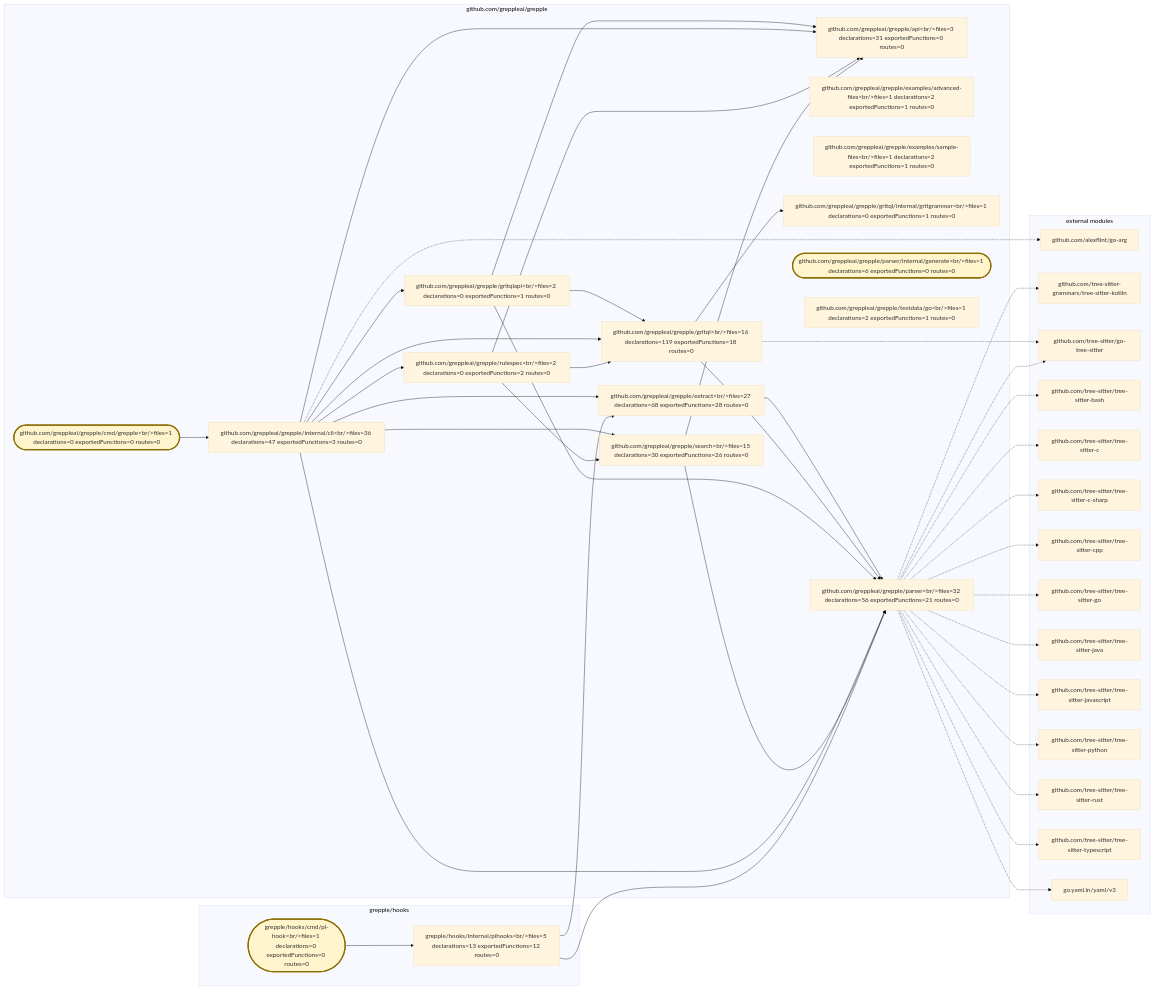
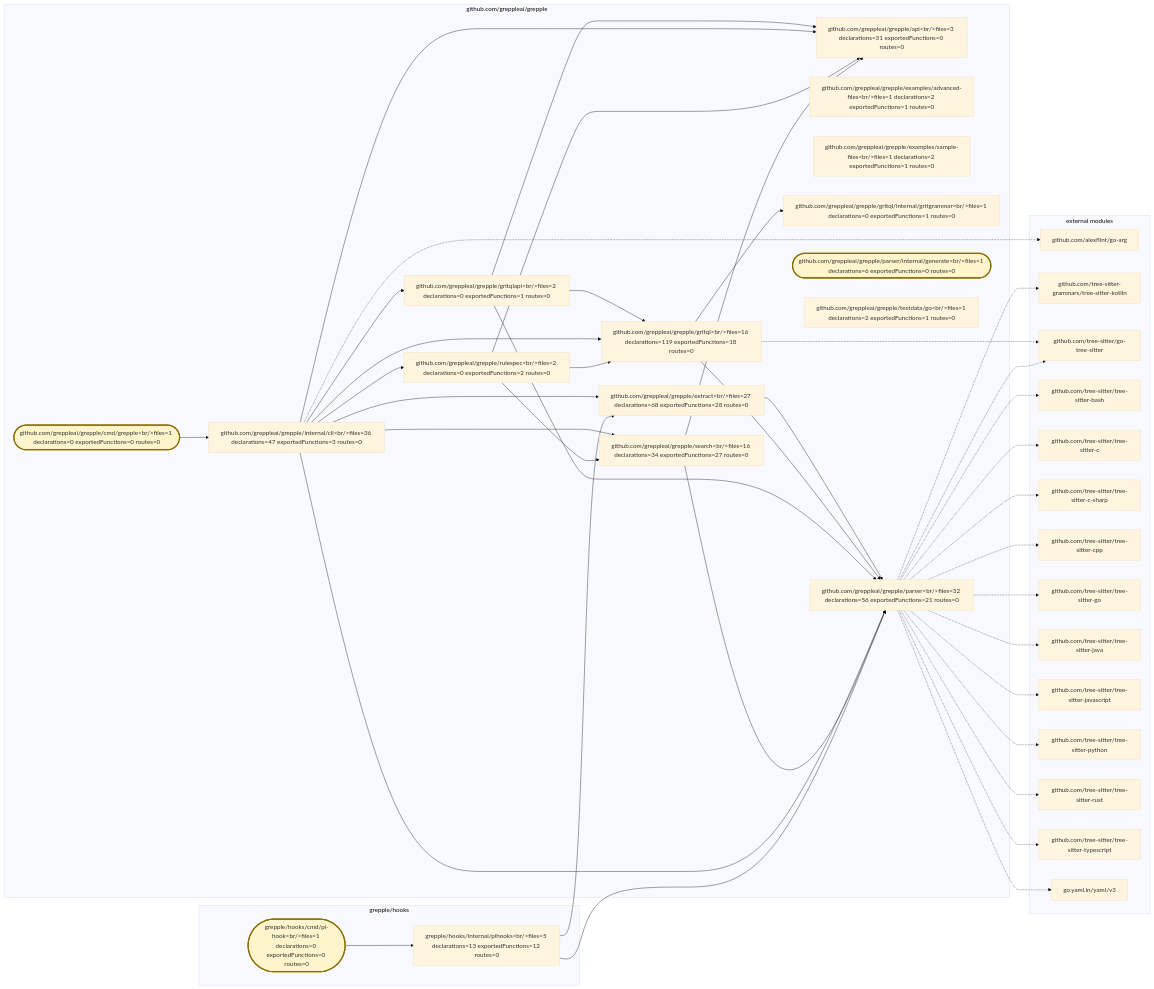
Before and after one commit to greppleai/grepple: the diagram in .grepple/project.workspace/overview.mmd, drawn with Mermaid (base theme). The commit also changed 23 other files, not shown here.

```diff
--- a/.grepple/project.workspace/overview.mmd
+++ b/.grepple/project.workspace/overview.mmd
@@ -1,78 +1,78 @@
 flowchart LR
     classDef entrypoint fill:#fff4cc,stroke:#8a6d00,stroke-width:3px
     subgraph module_0["github.com/greppleai/grepple"]
         package_0["github.com/greppleai/grepple/api&lt;br/&gt;files=3 declarations=31 exportedFunctions=0 routes=0"]
         package_1(["github.com/greppleai/grepple/cmd/grepple&lt;br/&gt;files=1 declarations=0 exportedFunctions=0 routes=0"])
         class package_1 entrypoint
         package_2["github.com/greppleai/grepple/examples/advanced-files&lt;br/&gt;files=1 declarations=2 exportedFunctions=1 routes=0"]
         package_3["github.com/greppleai/grepple/examples/sample-files&lt;br/&gt;files=1 declarations=2 exportedFunctions=1 routes=0"]
         package_4["github.com/greppleai/grepple/extract&lt;br/&gt;files=27 declarations=68 exportedFunctions=28 routes=0"]
         package_5["github.com/greppleai/grepple/gritql&lt;br/&gt;files=16 declarations=119 exportedFunctions=18 routes=0"]
         package_6["github.com/greppleai/grepple/gritql/internal/gritgrammar&lt;br/&gt;files=1 declarations=0 exportedFunctions=1 routes=0"]
         package_7["github.com/greppleai/grepple/gritqlapi&lt;br/&gt;files=2 declarations=0 exportedFunctions=1 routes=0"]
         package_8["github.com/greppleai/grepple/internal/cli&lt;br/&gt;files=36 declarations=47 exportedFunctions=3 routes=0"]
         package_9["github.com/greppleai/grepple/parser&lt;br/&gt;files=32 declarations=56 exportedFunctions=21 routes=0"]
         package_10(["github.com/greppleai/grepple/parser/internal/generate&lt;br/&gt;files=1 declarations=6 exportedFunctions=0 routes=0"])
         class package_10 entrypoint
         package_11["github.com/greppleai/grepple/rulespec&lt;br/&gt;files=2 declarations=0 exportedFunctions=2 routes=0"]
-        package_12["github.com/greppleai/grepple/search&lt;br/&gt;files=15 declarations=30 exportedFunctions=26 routes=0"]
+        package_12["github.com/greppleai/grepple/search&lt;br/&gt;files=16 declarations=34 exportedFunctions=27 routes=0"]
         package_13["github.com/greppleai/grepple/testdata/go&lt;br/&gt;files=1 declarations=2 exportedFunctions=1 routes=0"]
     end
     subgraph module_1["grepple/hooks"]
         package_14(["grepple/hooks/cmd/pi-hook&lt;br/&gt;files=1 declarations=0 exportedFunctions=0 routes=0"])
         class package_14 entrypoint
         package_15["grepple/hooks/internal/pihooks&lt;br/&gt;files=5 declarations=13 exportedFunctions=12 routes=0"]
     end
     package_1 --> package_8
     package_4 --> package_9
     package_5 --> package_6
     package_5 --> package_9
     package_7 --> package_0
     package_7 --> package_5
     package_7 --> package_9
     package_8 --> package_0
     package_8 --> package_4
     package_8 --> package_5
     package_8 --> package_7
     package_8 --> package_9
     package_8 --> package_11
     package_8 --> package_12
     package_11 --> package_0
     package_11 --> package_5
     package_11 --> package_12
     package_12 --> package_0
     package_12 --> package_9
     package_14 --> package_15
     package_15 --> package_4
     package_15 --> package_9
     subgraph external_dependencies["external modules"]
         external_0["github.com/alexflint/go-arg"]
         external_1["github.com/tree-sitter-grammars/tree-sitter-kotlin"]
         external_2["github.com/tree-sitter/go-tree-sitter"]
         external_3["github.com/tree-sitter/tree-sitter-bash"]
         external_4["github.com/tree-sitter/tree-sitter-c"]
         external_5["github.com/tree-sitter/tree-sitter-c-sharp"]
         external_6["github.com/tree-sitter/tree-sitter-cpp"]
         external_7["github.com/tree-sitter/tree-sitter-go"]
         external_8["github.com/tree-sitter/tree-sitter-java"]
         external_9["github.com/tree-sitter/tree-sitter-javascript"]
         external_10["github.com/tree-sitter/tree-sitter-python"]
         external_11["github.com/tree-sitter/tree-sitter-rust"]
         external_12["github.com/tree-sitter/tree-sitter-typescript"]
         external_13["go.yaml.in/yaml/v3"]
     end
     package_8 -.-> external_0
     package_9 -.-> external_1
     package_5 -.-> external_2
     package_9 -.-> external_2
     package_9 -.-> external_3
     package_9 -.-> external_4
     package_9 -.-> external_5
     package_9 -.-> external_6
     package_9 -.-> external_7
     package_9 -.-> external_8
     package_9 -.-> external_9
     package_9 -.-> external_10
     package_9 -.-> external_11
     package_9 -.-> external_12
     package_9 -.-> external_13
```
